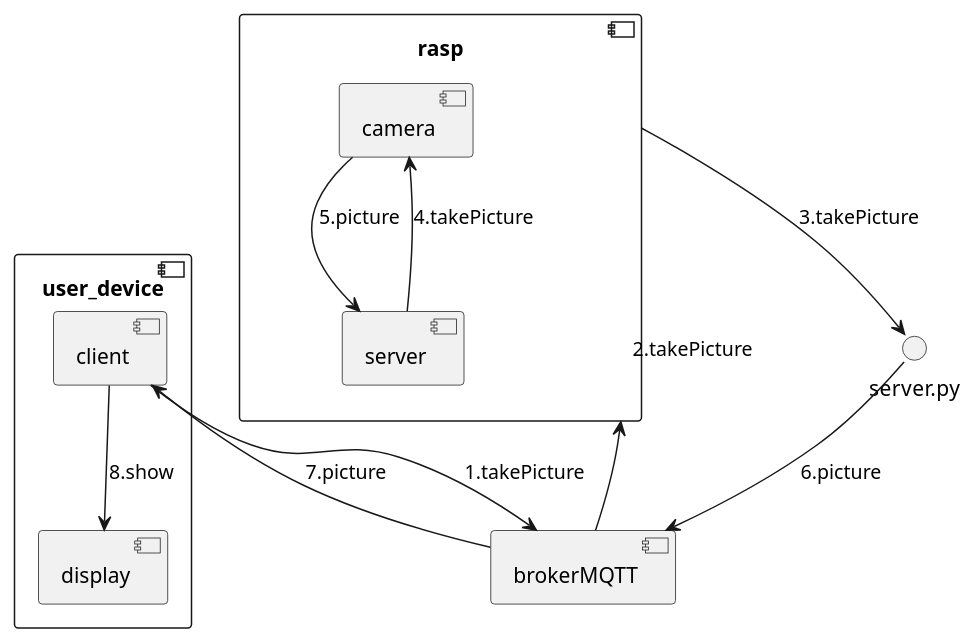
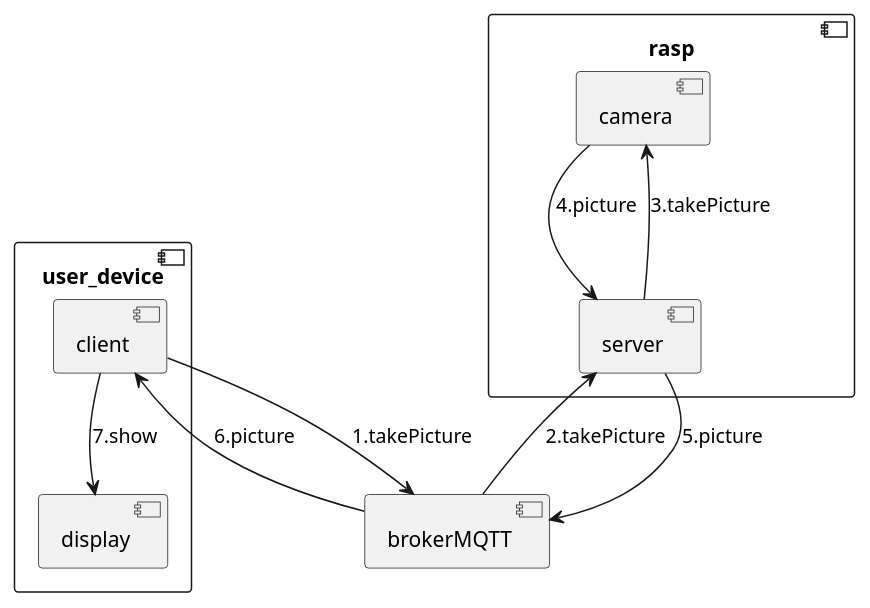
One commit to GuilhemROLLAND/picam-everywhere changed the diagram in doc/plantuml/doc.plantuml. Above: the diagram before and after it, drawn with PlantUML. The commit also changed 2 other files, not shown here.

Commit message:
fix plantuml

```diff
--- a/doc/plantuml/doc.plantuml
+++ b/doc/plantuml/doc.plantuml
@@ -1,24 +1,21 @@
 @startuml communication
 
 component user_device {
     component client
     component display
 }
 [brokerMQTT]
 component rasp {
     component camera
     component server
 }
 
 client --> brokerMQTT : 1.takePicture
-brokerMQTT --> rasp : 2.takePicture
-rasp --> server.py : 3.takePicture
-server --> camera : 4.takePicture
-camera --> server : 5.picture
-server.py --> brokerMQTT : 6.picture
-brokerMQTT --> client : 7.picture
-client --> display : 8.show
-
-
+brokerMQTT --> server : 2.takePicture
+server --> camera : 3.takePicture
+camera --> server : 4.picture
+server --> brokerMQTT : 5.picture
+brokerMQTT --> client : 6.picture
+client --> display : 7.show
 
 @enduml
```
